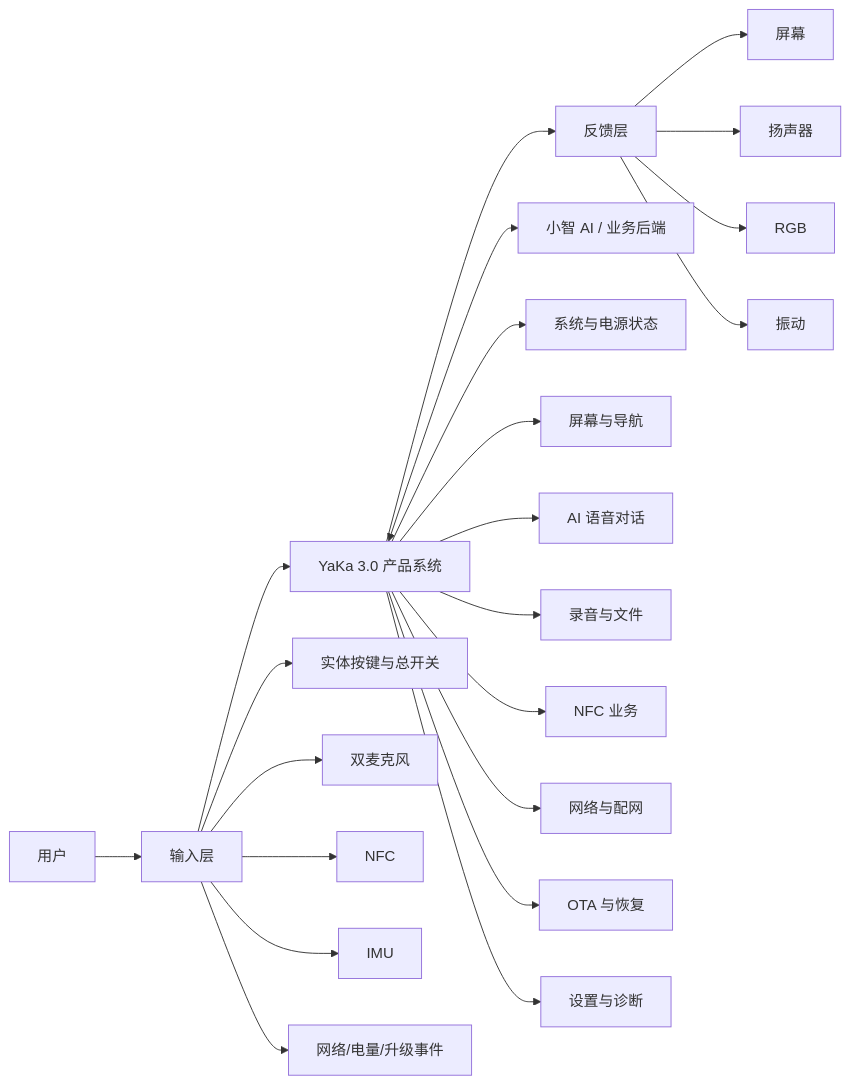
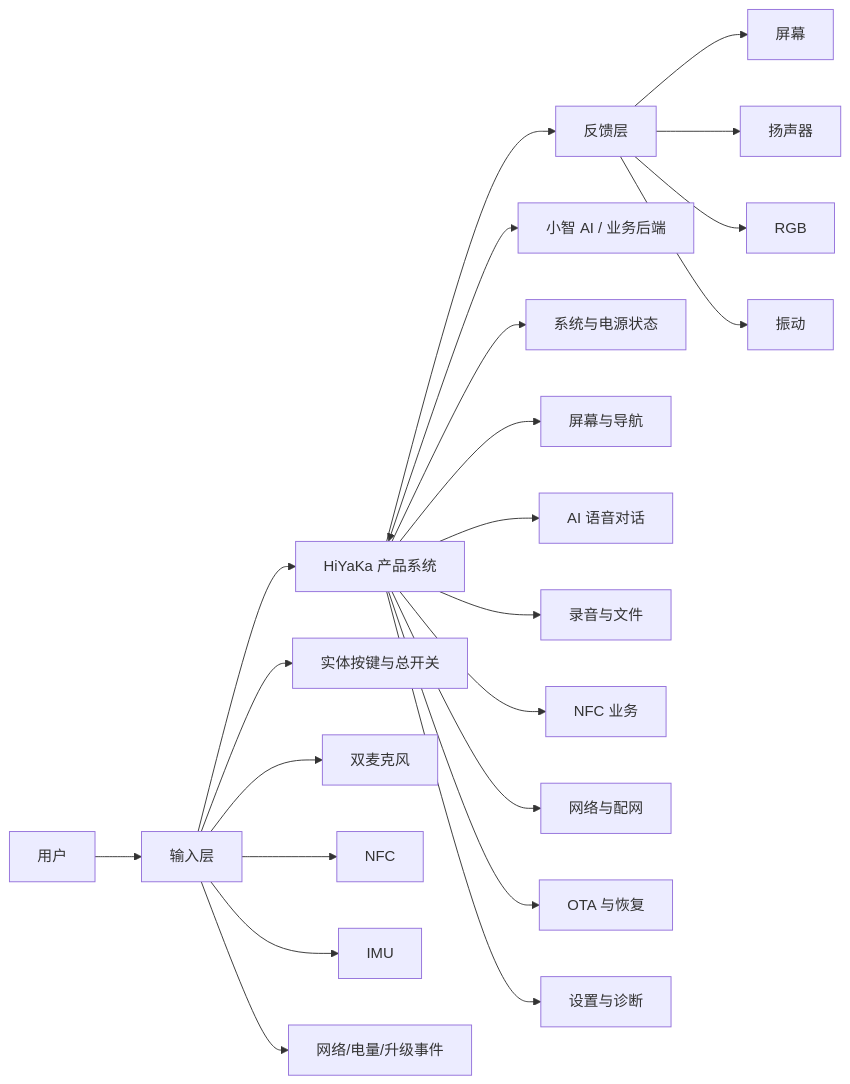
The first of 2 diagrams in .agents/skills/yaka-project/references/yaka-3.0-prd.md (njueeRay/hi-yaka-firmware), drawn with Mermaid before and after one commit. The commit also changed other lines of this file and 17 other files, not shown here.

````diff
--- a/.agents/skills/yaka-project/references/yaka-3.0-prd.md
+++ b/.agents/skills/yaka-project/references/yaka-3.0-prd.md
@@ -262,27 +262,27 @@
 ```mermaid
 flowchart LR
     U[用户] --> IN[输入层]
-    IN --> CORE[YaKa 3.0 产品系统]
+    IN --> CORE[HiYaKa 产品系统]
     CORE --> OUT[反馈层]
     CORE <--> CLOUD[小智 AI / 业务后端]
 
     IN --> I1[实体按键与总开关]
     IN --> I2[双麦克风]
     IN --> I3[NFC]
     IN --> I4[IMU]
     IN --> I5[网络/电量/升级事件]
 
     CORE --> C1[系统与电源状态]
     CORE --> C2[屏幕与导航]
     CORE --> C3[AI 语音对话]
     CORE --> C4[录音与文件]
     CORE --> C5[NFC 业务]
     CORE --> C6[网络与配网]
     CORE --> C7[OTA 与恢复]
     CORE --> C8[设置与诊断]
 
     OUT --> O1[屏幕]
     OUT --> O2[扬声器]
     OUT --> O3[RGB]
     OUT --> O4[振动]
 ```
````
